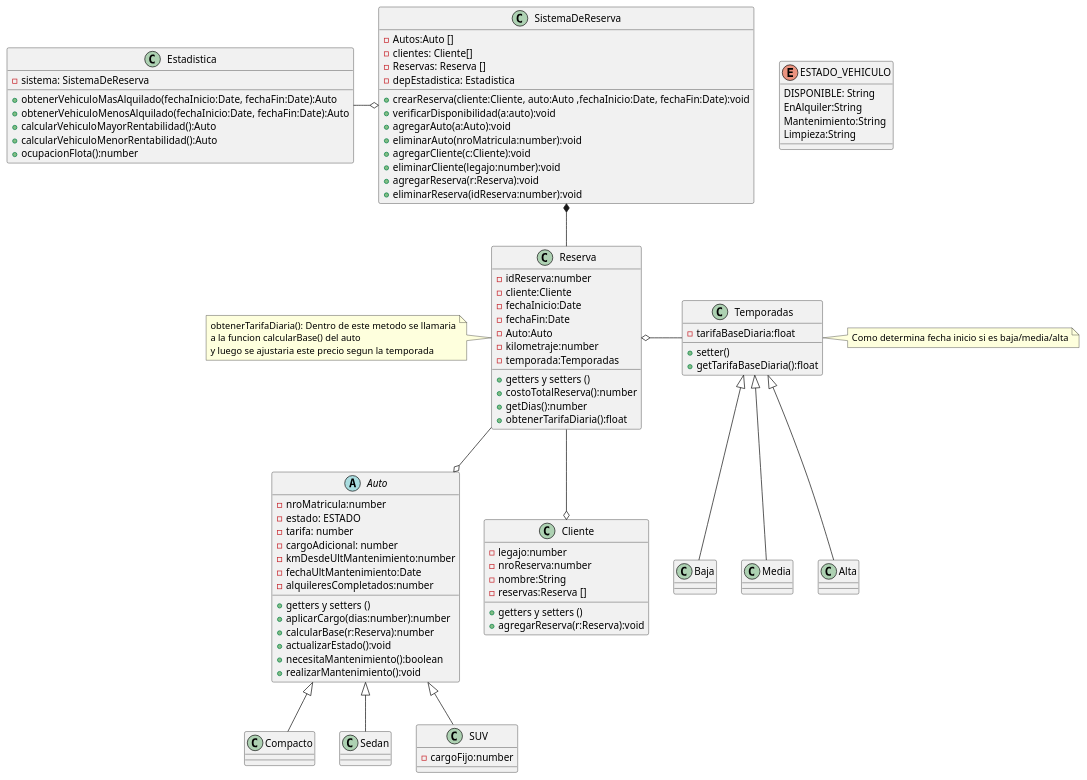
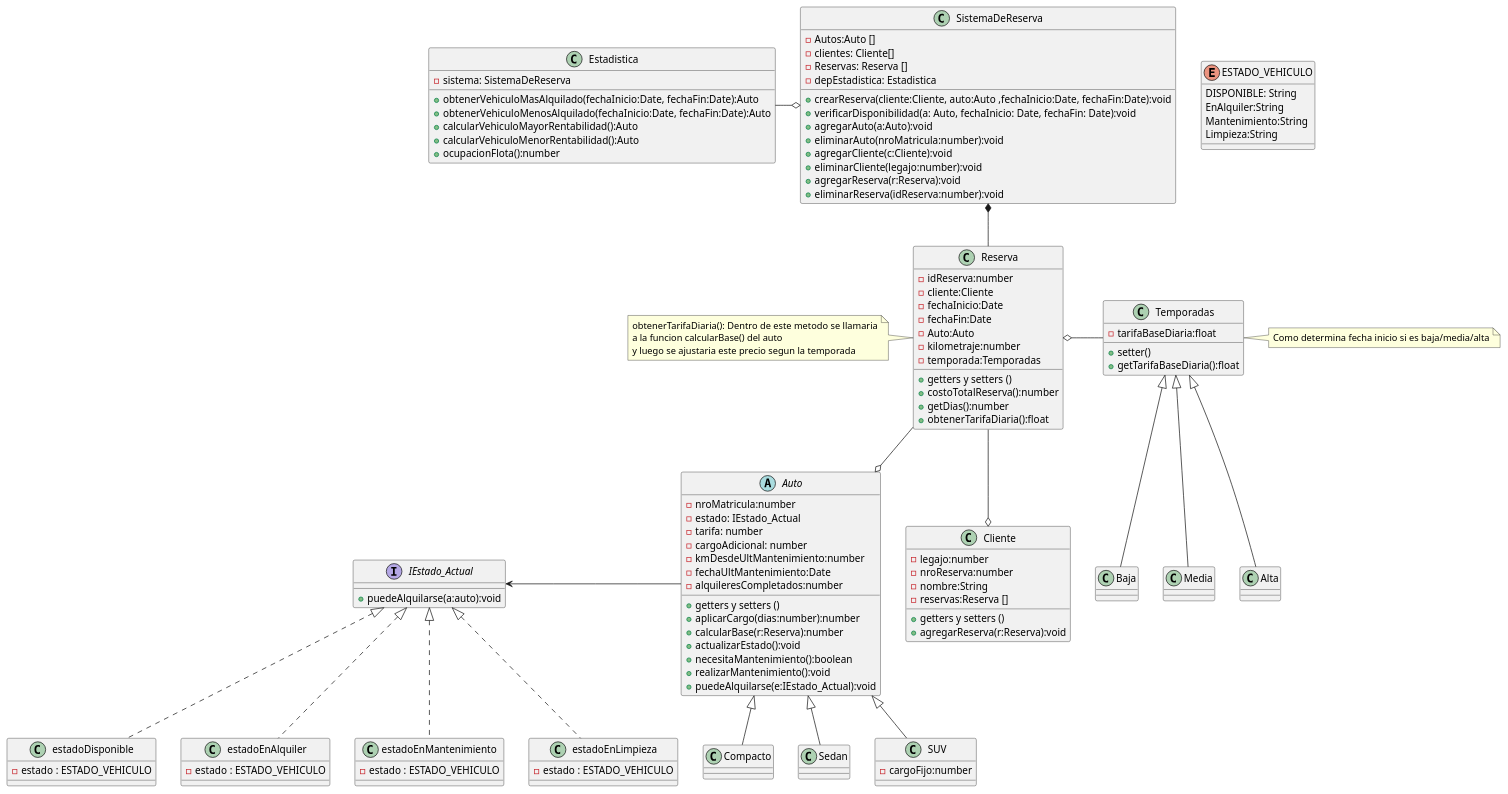
Before and after one commit to marketitos/TP-DriveHub-Grupo-6: the diagram in src/UML/UML.plantuml, drawn with PlantUML. The commit also changed 2065 other files, not shown here.

Commit message:
Actualizacion UML y documentacion JSDoc

```diff
--- a/src/UML/UML.plantuml
+++ b/src/UML/UML.plantuml
@@ -1,124 +1,148 @@
 @startuml TP-Integrador
 
 class SistemaDeReserva{
     - Autos:Auto []
     - clientes: Cliente[]
     - Reservas: Reserva []
     - depEstadistica: Estadistica
 
     + crearReserva(cliente:Cliente, auto:Auto ,fechaInicio:Date, fechaFin:Date):void
-    + verificarDisponibilidad(a:auto):void
+    + verificarDisponibilidad(a: Auto, fechaInicio: Date, fechaFin: Date):void 
     + agregarAuto(a:Auto):void
     + eliminarAuto(nroMatricula:number):void
     + agregarCliente(c:Cliente):void
     + eliminarCliente(legajo:number):void
     + agregarReserva(r:Reserva):void
     + eliminarReserva(idReserva:number):void
 }
+
+
 
 
 class Reserva{
     - idReserva:number
     - cliente:Cliente
     - fechaInicio:Date
     - fechaFin:Date
     - Auto:Auto 
     - kilometraje:number 
     - temporada:Temporadas
 
     + getters y setters ()
     + costoTotalReserva():number
     + getDias():number
     + obtenerTarifaDiaria():float
 }
 
 note left of Reserva{
     obtenerTarifaDiaria(): Dentro de este metodo se llamaria
     a la funcion calcularBase() del auto 
     y luego se ajustaria este precio segun la temporada 
 }
 
 
+
+
 abstract class Auto{
     - nroMatricula:number
-    - estado: ESTADO
+    - estado: IEstado_Actual
     - tarifa: number
     - cargoAdicional: number
     - kmDesdeUltMantenimiento:number
     - fechaUltMantenimiento:Date
     - alquileresCompletados:number
 
     + getters y setters ()
     + aplicarCargo(dias:number):number
     + calcularBase(r:Reserva):number
     + actualizarEstado():void
     + necesitaMantenimiento():boolean
     + realizarMantenimiento():void
+    + puedeAlquilarse(e:IEstado_Actual):void
 }
 class Compacto extends Auto{
 }
 class Sedan extends Auto{
 }
 
 class SUV extends Auto{
     - cargoFijo:number
 }
 
 class Estadistica{
     - sistema: SistemaDeReserva
 
     + obtenerVehiculoMasAlquilado(fechaInicio:Date, fechaFin:Date):Auto
     + obtenerVehiculoMenosAlquilado(fechaInicio:Date, fechaFin:Date):Auto
     + calcularVehiculoMayorRentabilidad():Auto
     + calcularVehiculoMenorRentabilidad():Auto
     + ocupacionFlota():number
 
 }
 
 class Cliente{
     - legajo:number
     - nroReserva:number
     - nombre:String
     - reservas:Reserva []
 
     + getters y setters ()
     + agregarReserva(r:Reserva):void
 }
 
 enum ESTADO_VEHICULO{
     DISPONIBLE: String
     EnAlquiler:String
     Mantenimiento:String
     Limpieza:String
 }
 
 class Temporadas{
     - tarifaBaseDiaria:float
 
     + setter()
     + getTarifaBaseDiaria():float
 }
 
 note right of Temporadas{
     Como determina fecha inicio si es baja/media/alta
 }
 
 class Baja extends Temporadas{
 }
 class Media extends Temporadas{
 }
 class Alta extends Temporadas{
 }
 
+interface IEstado_Actual{
+    + puedeAlquilarse(a:auto):void
+}
+
+class estadoDisponible implements IEstado_Actual{
+    - estado : ESTADO_VEHICULO
+}
+class estadoEnAlquiler implements IEstado_Actual{
+    - estado : ESTADO_VEHICULO
+}
+class estadoEnMantenimiento implements IEstado_Actual{
+    - estado : ESTADO_VEHICULO
+}
+class estadoEnLimpieza implements IEstado_Actual{
+    - estado : ESTADO_VEHICULO
+}
+
 Temporadas -left-o Reserva
 
 Reserva --o Auto
 
 Reserva --o Cliente
 
 Reserva -up-* SistemaDeReserva
 
 SistemaDeReserva o-left- Estadistica
 
+Auto -left->IEstado_Actual
+
 
 @enduml
```
